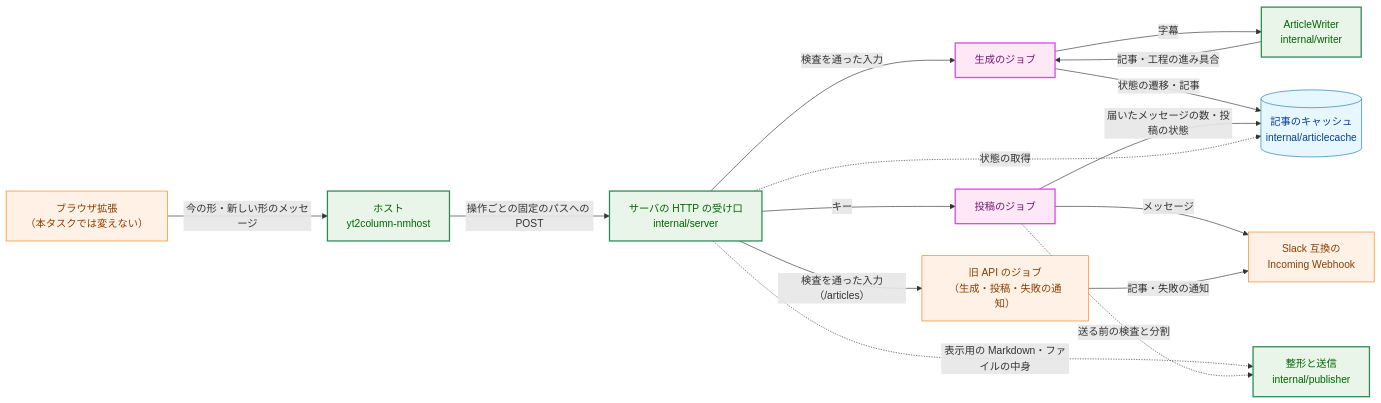
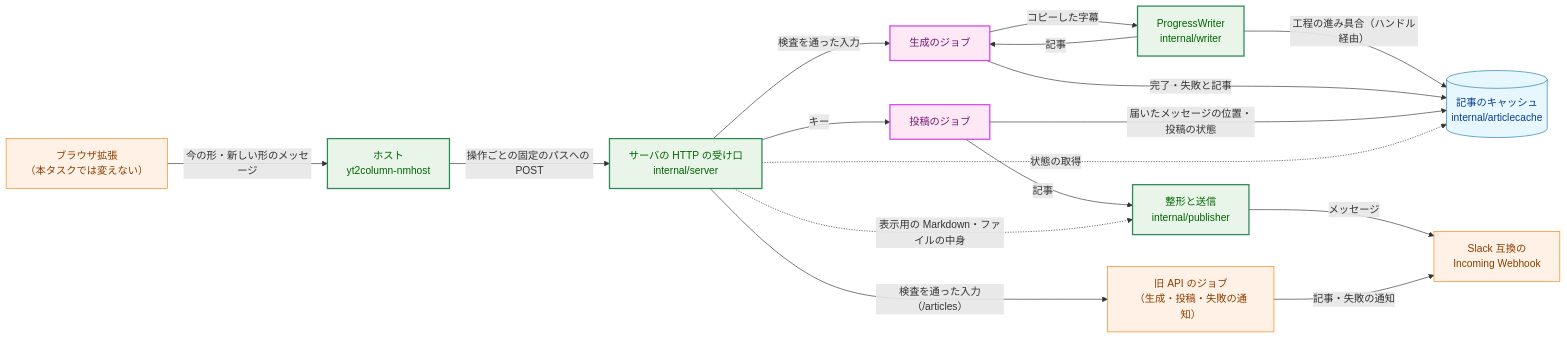
One commit to isseis/yt2column changed the first of 15 diagrams in docs/tasks/0044_article_job_api/02_architecture.md. Above: the diagram before and after it, drawn with Mermaid. The commit also changed other lines of this file and 1 other file, not shown here.

````diff
--- a/docs/tasks/0044_article_job_api/02_architecture.md
+++ b/docs/tasks/0044_article_job_api/02_architecture.md
@@ -44,38 +45,39 @@
 ```mermaid
 flowchart LR
     classDef data fill:#e6f7ff,stroke:#1f77b4,stroke-width:1px,color:#0b3d91;
     classDef process fill:#fff1e6,stroke:#ff7f0e,stroke-width:1px,color:#8a3e00;
     classDef enhanced fill:#e8f5e8,stroke:#2e8b57,stroke-width:2px,color:#006400;
     classDef newpkg fill:#ffe8f5,stroke:#d946ef,stroke-width:2px,color:#701a75;
 
     EXT["ブラウザ拡張<br>（本タスクでは変えない）"]
     HOST["ホスト<br>yt2column-nmhost"]
     SRV["サーバの HTTP の受け口<br>internal/server"]
     GEN["生成のジョブ"]
     PUBJOB["投稿のジョブ"]
     LEGACY["旧 API のジョブ<br>（生成・投稿・失敗の通知）"]
     CACHE[("記事のキャッシュ<br>internal/articlecache")]
-    WRITER["ArticleWriter<br>internal/writer"]
+    WRITER["ProgressWriter<br>internal/writer"]
     RENDER["整形と送信<br>internal/publisher"]
     SLACK["Slack 互換の<br>Incoming Webhook"]
 
     EXT -->|"今の形・新しい形のメッセージ"| HOST
     HOST -->|"操作ごとの固定のパスへの POST"| SRV
     SRV -->|"検査を通った入力"| GEN
     SRV -->|"キー"| PUBJOB
     SRV -->|"検査を通った入力（/articles）"| LEGACY
-    GEN -->|"字幕"| WRITER
-    WRITER -->|"記事・工程の進み具合"| GEN
-    GEN -->|"状態の遷移・記事"| CACHE
-    PUBJOB -->|"届いたメッセージの数・投稿の状態"| CACHE
-    PUBJOB -->|"メッセージ"| SLACK
+    GEN -->|"コピーした字幕"| WRITER
+    WRITER -->|"記事"| GEN
+    WRITER -->|"工程の進み具合（ハンドル経由）"| CACHE
+    GEN -->|"完了・失敗と記事"| CACHE
+    PUBJOB -->|"届いたメッセージの位置・投稿の状態"| CACHE
+    PUBJOB -->|"記事"| RENDER
+    RENDER -->|"メッセージ"| SLACK
     LEGACY -->|"記事・失敗の通知"| SLACK
     SRV -.->|"状態の取得"| CACHE
     SRV -.->|"表示用の Markdown・ファイルの中身"| RENDER
-    PUBJOB -.->|"送る前の検査と分割"| RENDER
 
     class CACHE data
     class EXT,LEGACY,SLACK process
     class HOST,SRV,WRITER,RENDER enhanced
     class GEN,PUBJOB newpkg
 ```
````
